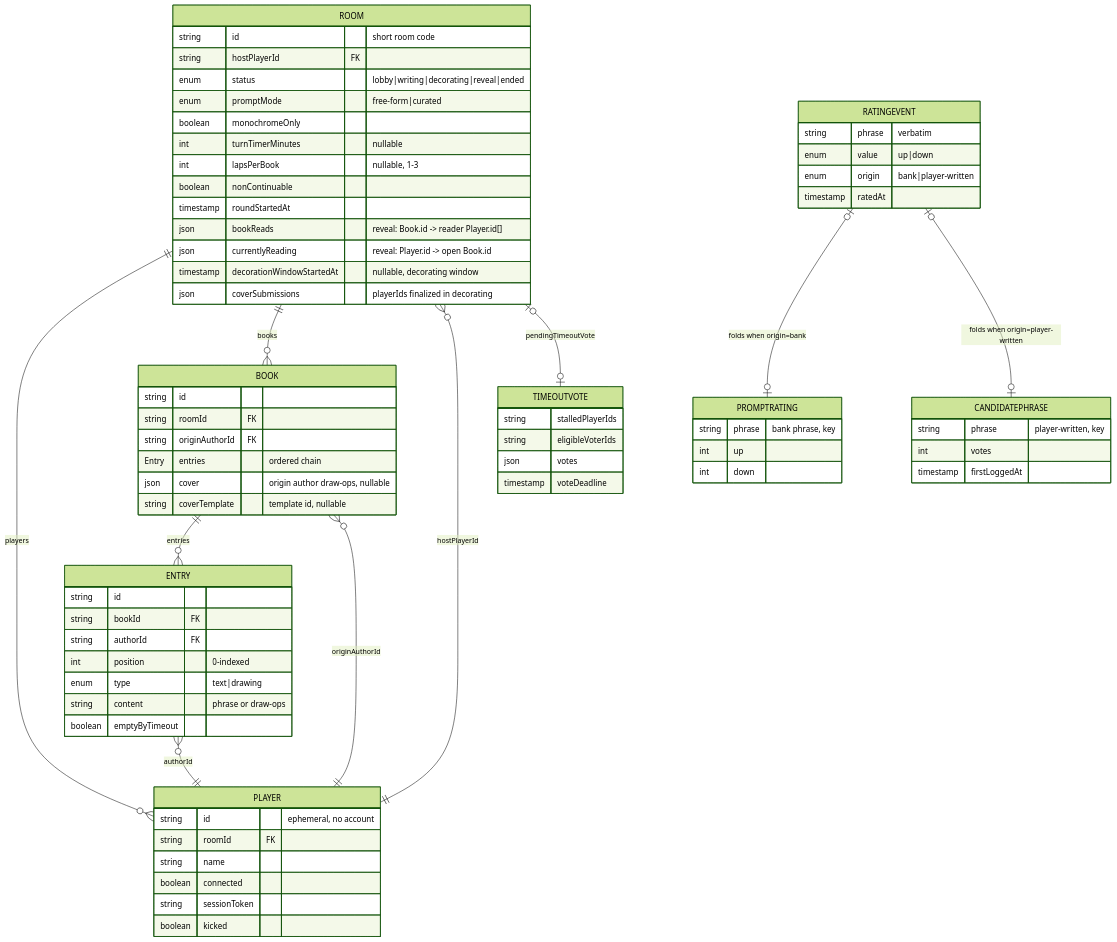
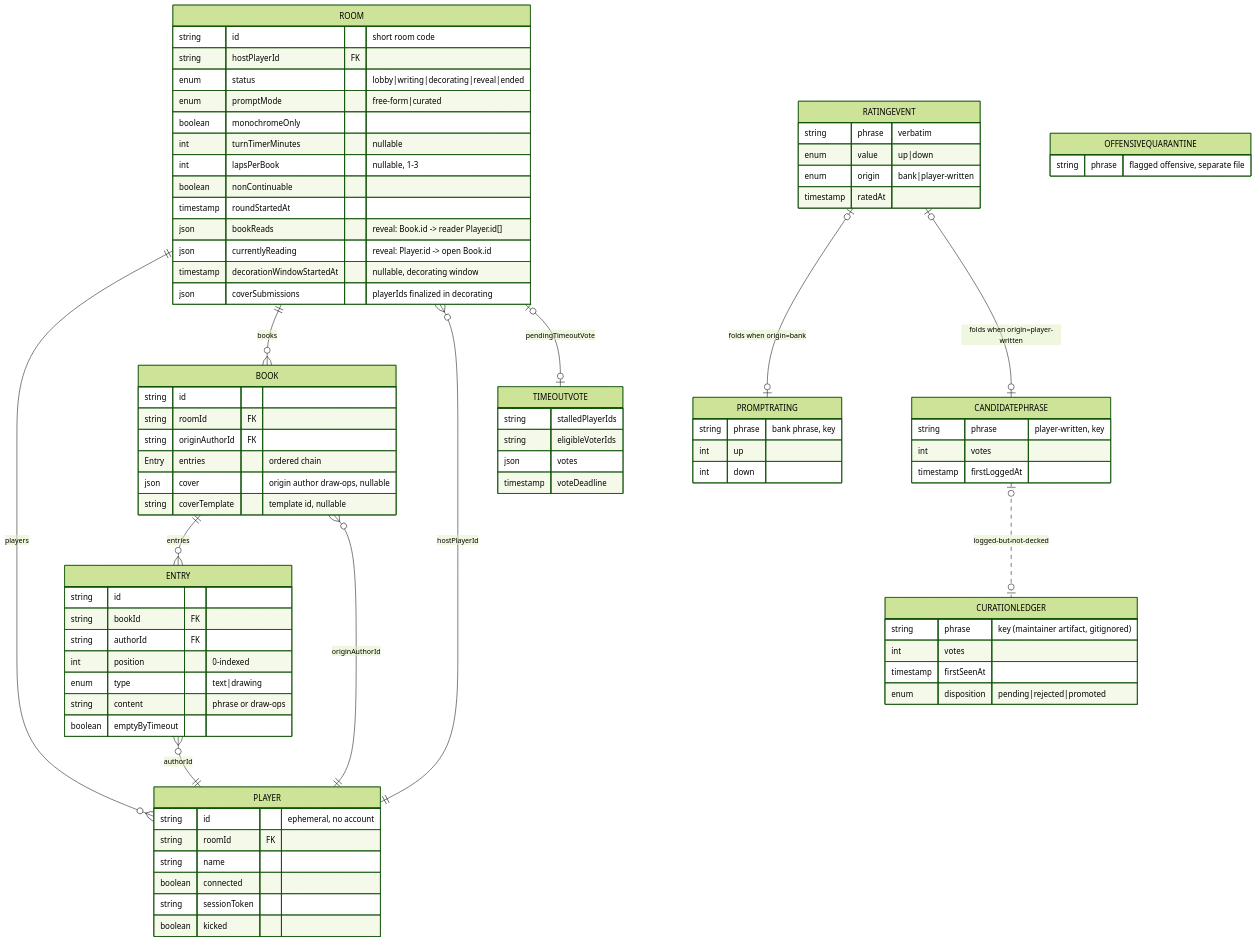
The first of 3 diagrams in README.md (moui72/exquisite-telephone), drawn with Mermaid (forest theme) before and after one commit. The commit also changed other lines of this file and 3 other files, not shown here.

First line of the commit message:
docs(project): regenerate all three diagrams (curation, versioning, tabs)

````diff
--- a/README.md
+++ b/README.md
@@ -145,6 +145,7 @@
     ENTRY }o--|| PLAYER : "authorId"
     RATINGEVENT |o--o| PROMPTRATING : "folds when origin=bank"
     RATINGEVENT |o--o| CANDIDATEPHRASE : "folds when origin=player-written"
+    CANDIDATEPHRASE |o..o| CURATIONLEDGER : "logged-but-not-decked"
 
     ROOM {
         string id "short room code"
@@ -208,4 +209,13 @@
         int votes
         timestamp firstLoggedAt
     }
+    CURATIONLEDGER {
+        string phrase "key (maintainer artifact, gitignored)"
+        int votes
+        timestamp firstSeenAt
+        enum disposition "pending|rejected|promoted"
+    }
+    OFFENSIVEQUARANTINE {
+        string phrase "flagged offensive, separate file"
+    }
 ```
````
